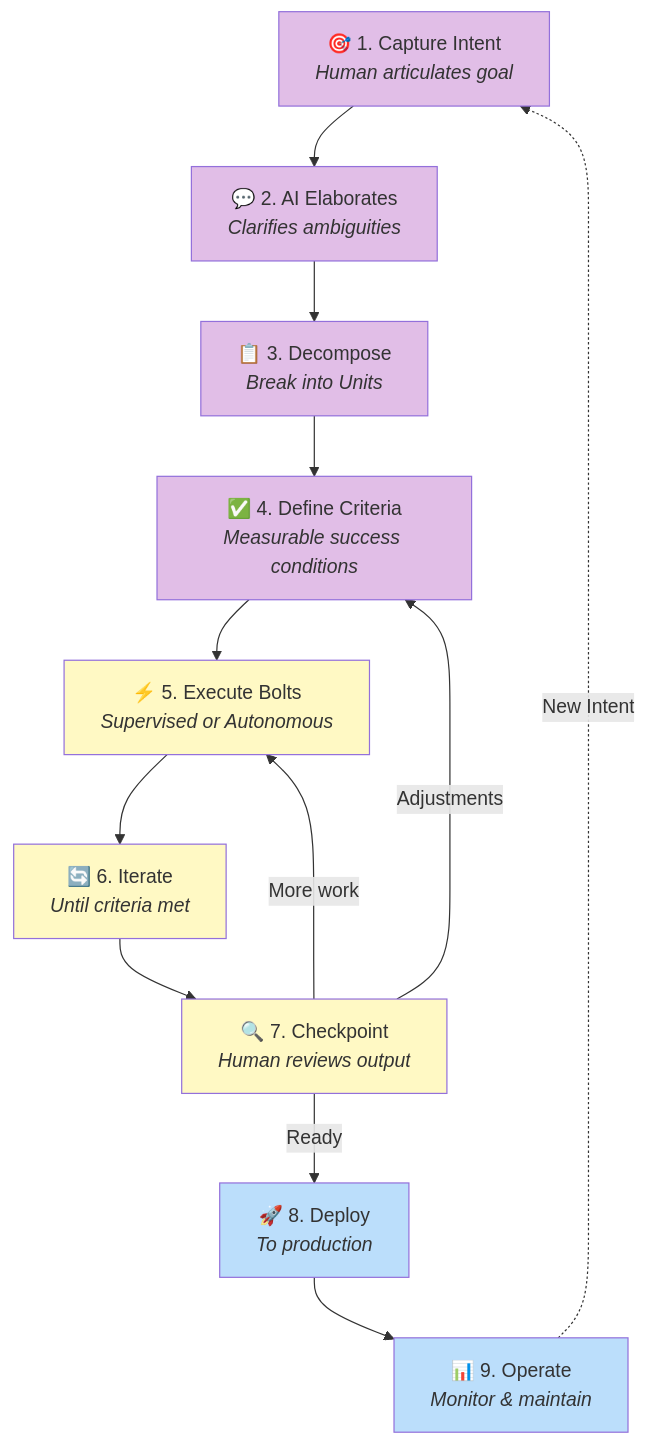
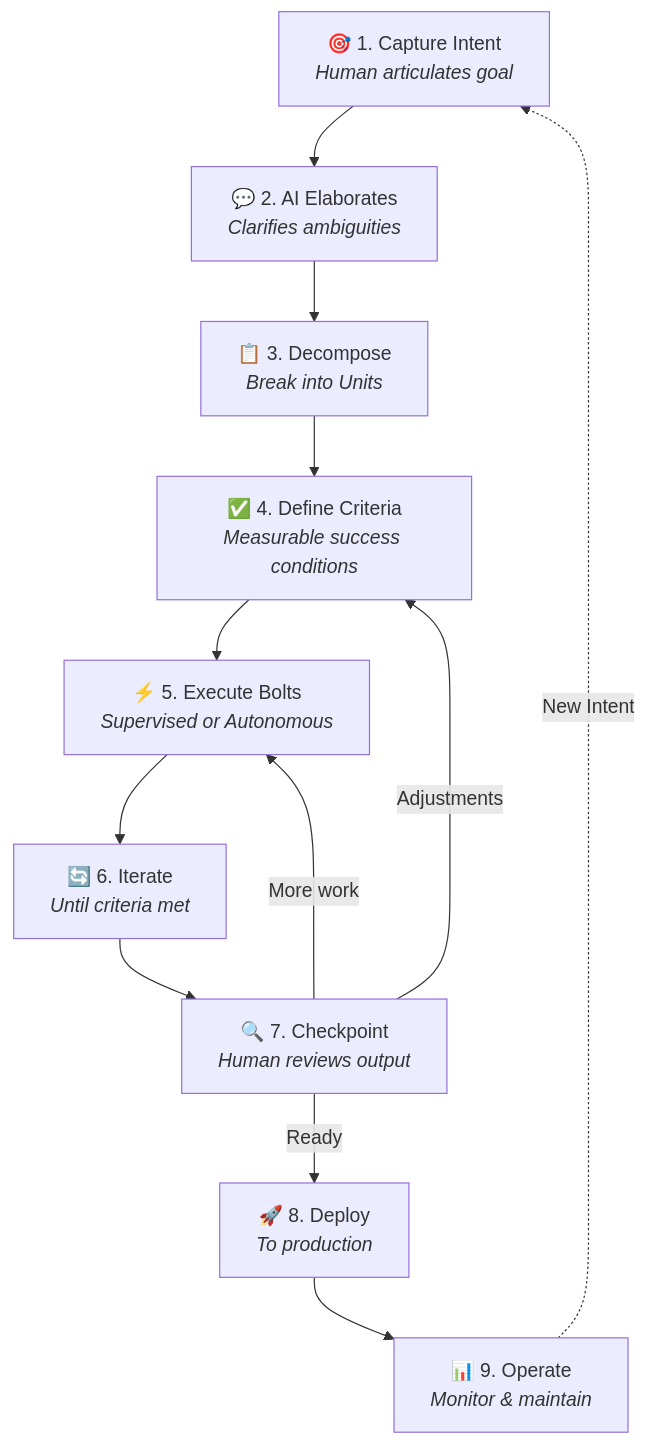
One commit to TheBushidoCollective/han changed diagram 11 of 12 in website/content/papers/ai-dlc-2026.md. Above: the diagram before and after it, drawn with Mermaid. The commit also changed other lines of this file, not shown here.

First line of the commit message:
fix(website): remove hard-coded diagram colors for better dark theme support

````diff
--- a/website/content/papers/ai-dlc-2026.md
+++ b/website/content/papers/ai-dlc-2026.md
@@ -799,30 +787,20 @@
 ```mermaid
 flowchart TB
     W1["🎯 1. Capture Intent<br/><i>Human articulates goal</i>"]
     W2["💬 2. AI Elaborates<br/><i>Clarifies ambiguities</i>"]
     W3["📋 3. Decompose<br/><i>Break into Units</i>"]
     W4["✅ 4. Define Criteria<br/><i>Measurable success conditions</i>"]
     W5["⚡ 5. Execute Bolts<br/><i>Supervised or Autonomous</i>"]
     W6["🔄 6. Iterate<br/><i>Until criteria met</i>"]
     W7["🔍 7. Checkpoint<br/><i>Human reviews output</i>"]
     W8["🚀 8. Deploy<br/><i>To production</i>"]
     W9["📊 9. Operate<br/><i>Monitor & maintain</i>"]
 
     W1 --> W2 --> W3 --> W4 --> W5
     W5 --> W6 --> W7
     W7 -->|"More work"| W5
     W7 -->|"Adjustments"| W4
     W7 -->|"Ready"| W8
     W8 --> W9
     W9 -.->|"New Intent"| W1
-
-    style W1 fill:#e1bee7
-    style W2 fill:#e1bee7
-    style W3 fill:#e1bee7
-    style W4 fill:#e1bee7
-    style W5 fill:#fff9c4
-    style W6 fill:#fff9c4
-    style W7 fill:#fff9c4
-    style W8 fill:#bbdefb
-    style W9 fill:#bbdefb
 ```
````
